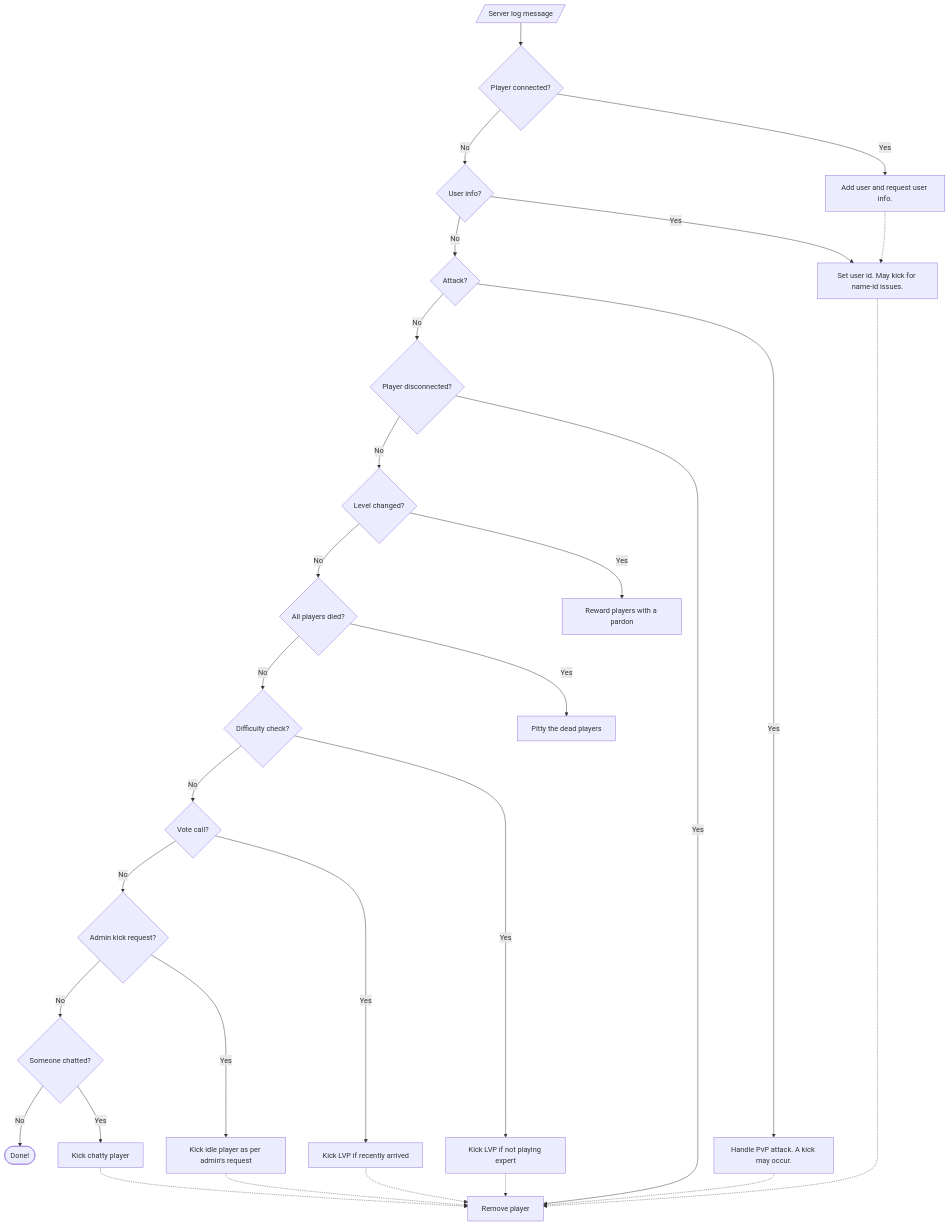
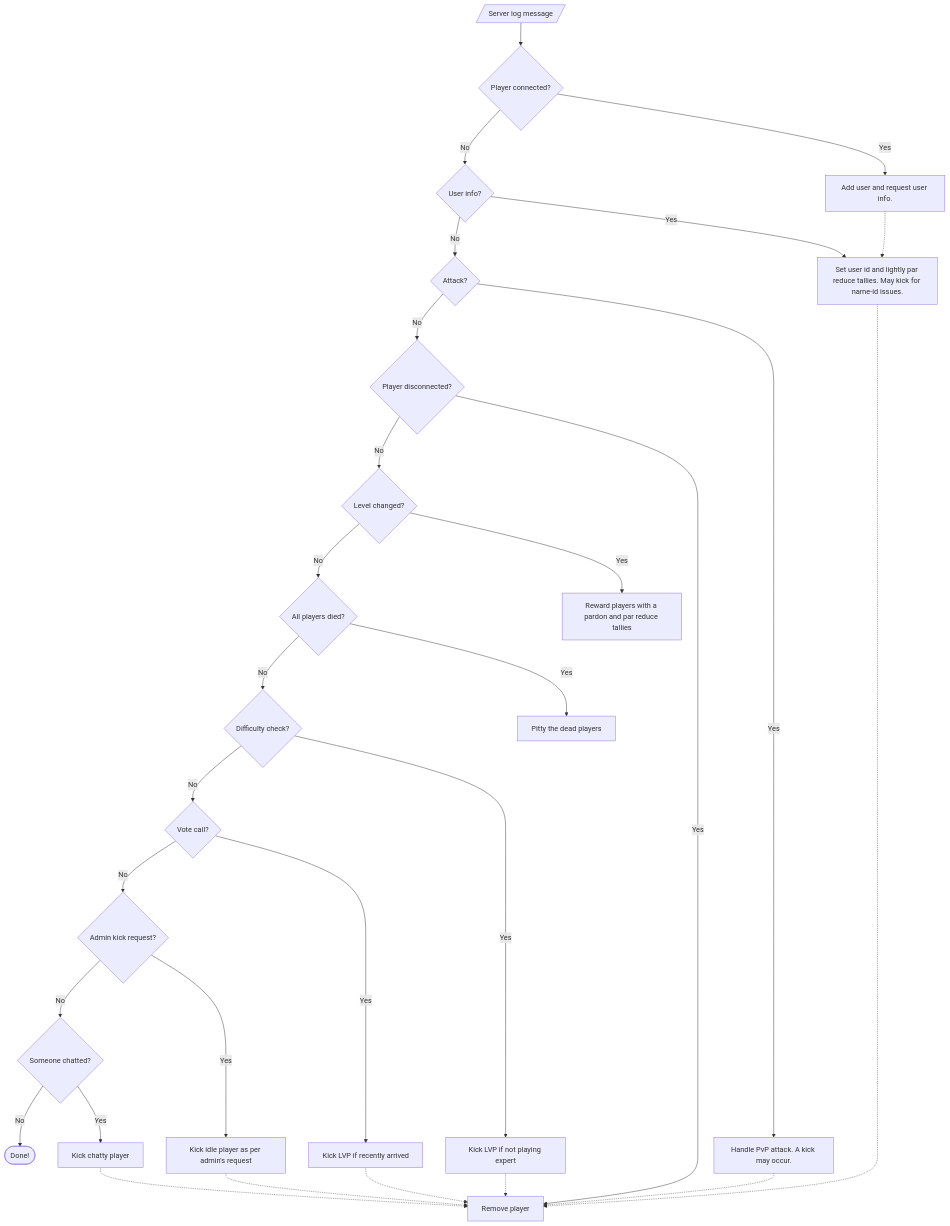
Before and after one commit to carlosjhr64/l4d2-observer: the diagram in README.md, drawn with Mermaid.

````diff
--- a/README.md
+++ b/README.md
@@ -32,31 +32,31 @@
 ```mermaid
 flowchart TD;
   LogMsg[/Server log message/] --> Connected{Player connected?};
   Connected -->|No| UserInfo{User info?};
   Connected -->|Yes| ProcessConnected[Add user and request user info.];
   UserInfo -->|No| Attack{Attack?};
-  UserInfo -->|Yes| ProcessUserInfo[Set user id. May kick for name-id issues.];
+  UserInfo -->|Yes| ProcessUserInfo[Set user id and lightly par reduce tallies. May kick for name-id issues.];
   ProcessConnected -.-> ProcessUserInfo;
   Attack -->|No| Dropped{Player disconnected?};
   Attack -->|Yes| ProcessAttack[Handle PvP attack. A kick may occur.]
   Dropped -->|No| ChangeLevel{Level changed?}
   Dropped -->|Yes| ProcessDropped[Remove player]
   ProcessUserInfo -.-> ProcessDropped
   ProcessAttack -.-> ProcessDropped
   ChangeLevel -->|No| InitDirectorScript{All players died?}
-  ChangeLevel -->|Yes| ProcessChangeLevel[Reward players with a pardon]
+  ChangeLevel -->|Yes| ProcessChangeLevel[Reward players with a pardon and par reduce tallies]
   InitDirectorScript -->|No| DifficultyCheck{Difficulty check?}
   InitDirectorScript -->|Yes| ProcessInitDirectorScript[Pitty the dead players]
   DifficultyCheck -->|No| PotentialVote{Vote call?}
   DifficultyCheck -->|Yes| ProcessDifficultyCheck[Kick LVP if not playing expert] 
   ProcessDifficultyCheck -.-> ProcessDropped
   PotentialVote --> |No| IdleKick{Admin kick request?}
   PotentialVote --> |Yes| ProcessPotentialVote[Kick LVP if recently arrived]
   ProcessPotentialVote -.-> ProcessDropped
   IdleKick --> |No| Chat{Someone chatted?}
   IdleKick --> |Yes| ProcessIdleKick[Kick idle player as per admin's request]
   ProcessIdleKick -.-> ProcessDropped
   Chat --> |No| Stop([Done!])
   Chat --> |Yes| ProcessChat[Kick chatty player]
   ProcessChat -.-> ProcessDropped
 ```
````
